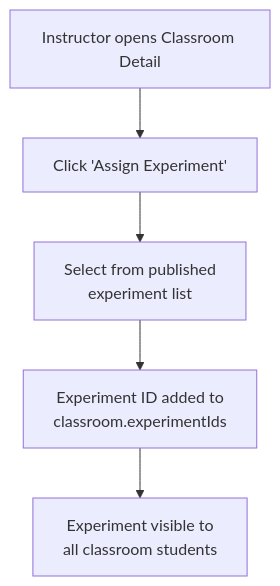
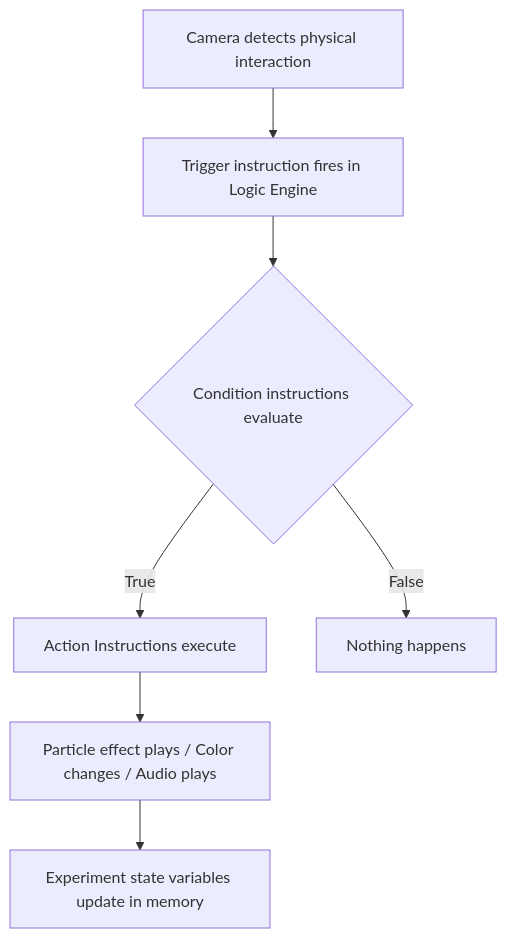
Before and after one commit to abdullahiftikhar0/LucidLab: the fourth of 5 diagrams in docs/06-workflows.md, drawn with Mermaid. The commit also changed other lines of this file and 1278 other files, not shown here.

````diff
--- a/docs/06-workflows.md
+++ b/docs/06-workflows.md
@@ -153,7 +141,9 @@
 ```mermaid
 flowchart TD
-    A[Instructor opens Classroom Detail] --> B[Click 'Assign Experiment']
-    B --> C[Select from published<br/>experiment list]
-    C --> D[Experiment ID added to<br/>classroom.experimentIds]
-    D --> E[Experiment visible to<br/>all classroom students]
+    A[Camera detects physical interaction] --> B[Trigger instruction fires in Logic Engine]
+    B --> C{Condition instructions evaluate}
+    C -->|True| D[Action Instructions execute]
+    C -->|False| E[Nothing happens]
+    D --> F[Particle effect plays / Color changes / Audio plays]
+    F --> G[Experiment state variables update in memory]
 ```
````
